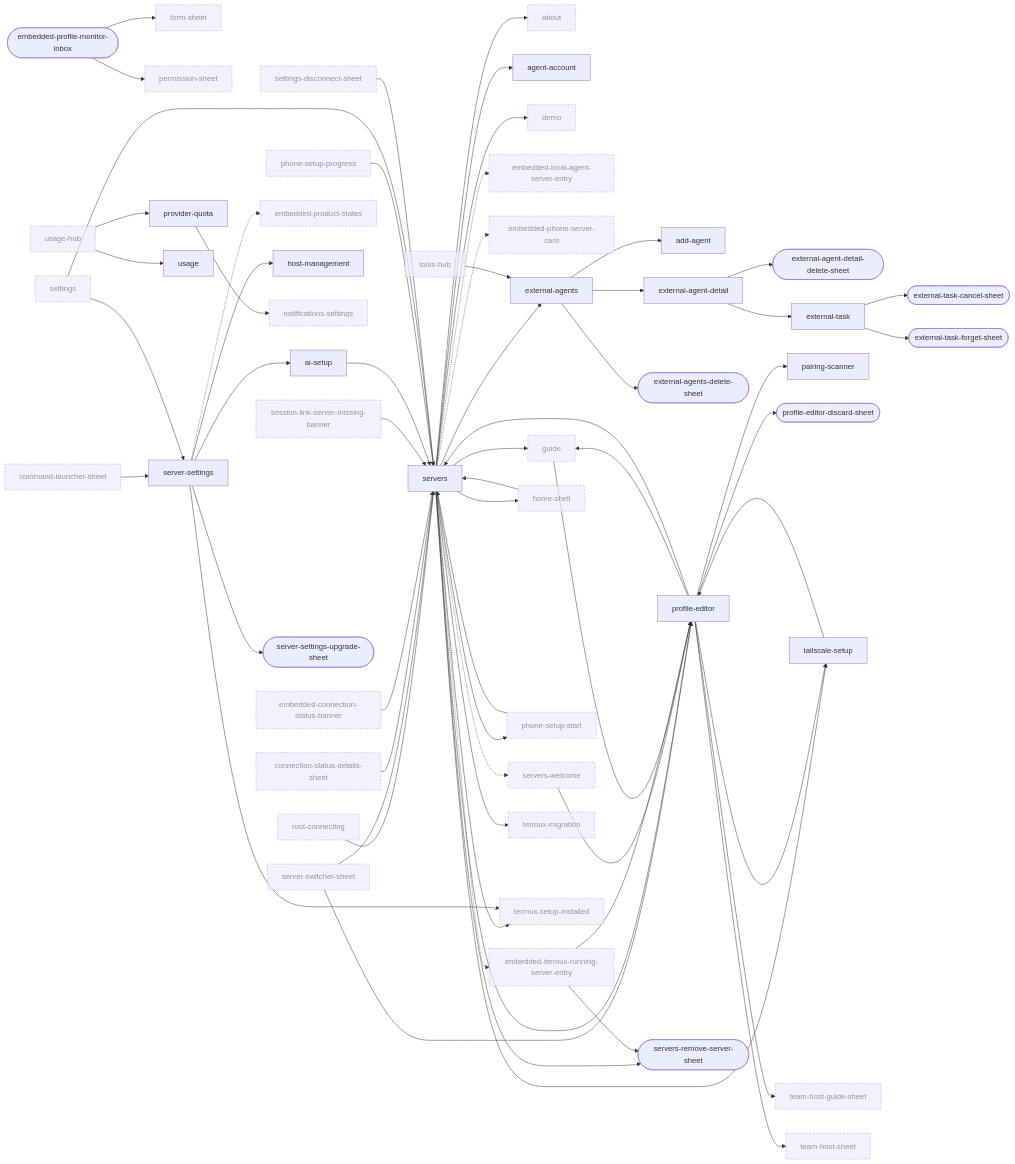
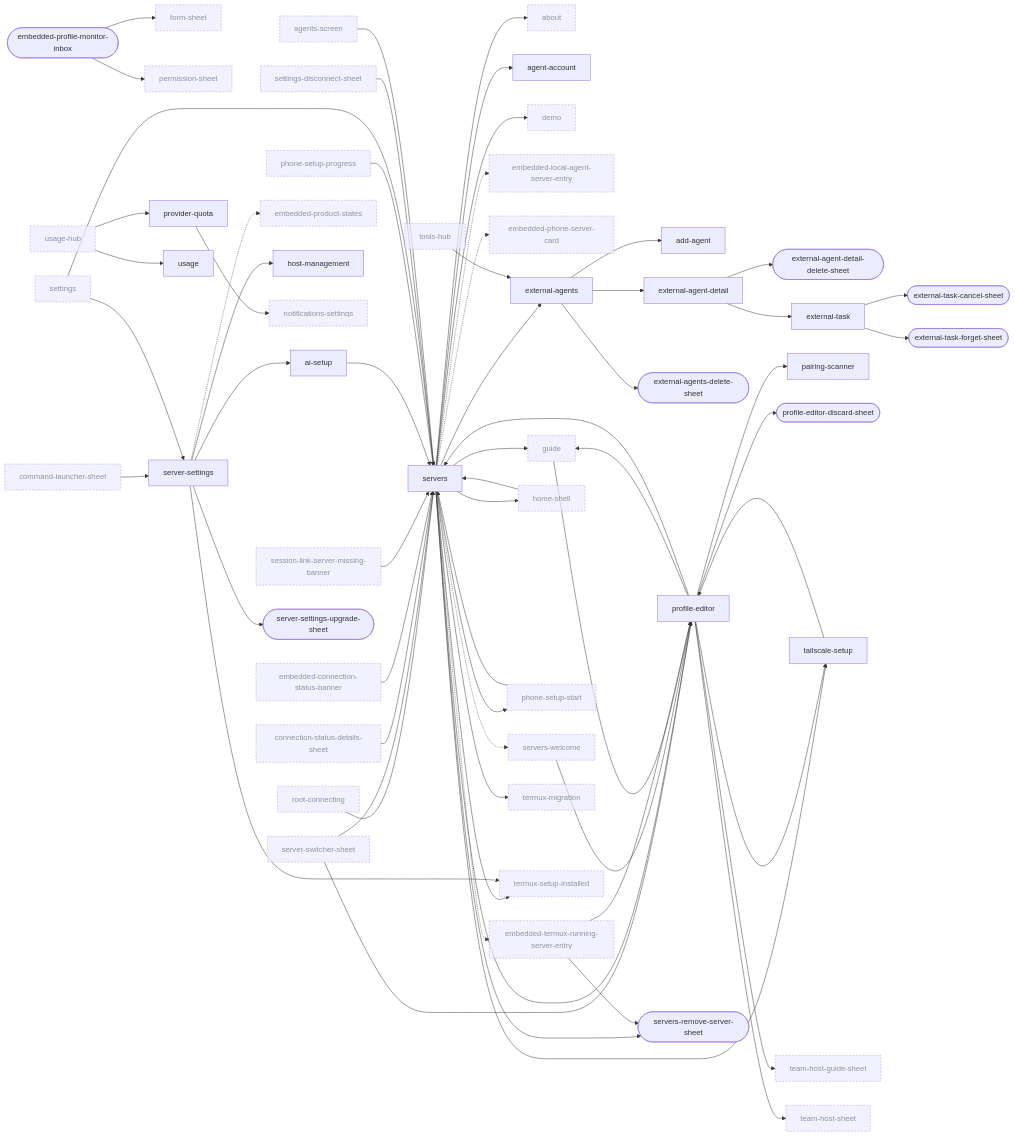
Before and after one commit to Eslamasabry/opencode-mobile-next: the fifth of 10 diagrams in docs/design/ui-ledger/navigation.md, drawn with Mermaid. The commit also changed other lines of this file and 25 other files, not shown here.

First line of the commit message:
fix(agents-ui): Agents lives in Settings, not on the Termux host screen [skip ci]

```diff
--- a/docs/design/ui-ledger/navigation.md
+++ b/docs/design/ui-ledger/navigation.md
@@ -598,6 +600,7 @@
   about["about"]:::ext
   add_agent["add-agent"]
   agent_account["agent-account"]
+  agents_screen["agents-screen"]:::ext
   ai_setup["ai-setup"]
   command_launcher_sheet["command-launcher-sheet"]:::ext
   connection_status_details_sheet["connection-status-details-sheet"]:::ext
@@ -695,6 +698,7 @@
   usage_hub --> usage
   usage_hub --> provider_quota
   guide --> profile_editor
+  agents_screen --> servers
   server_settings -.-> embedded_product_states
   embedded_profile_monitor_inbox --> form_sheet
   profile_editor --> servers
```
